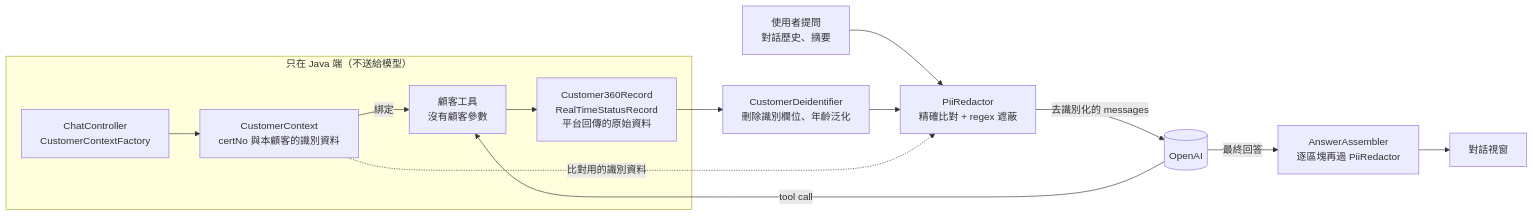
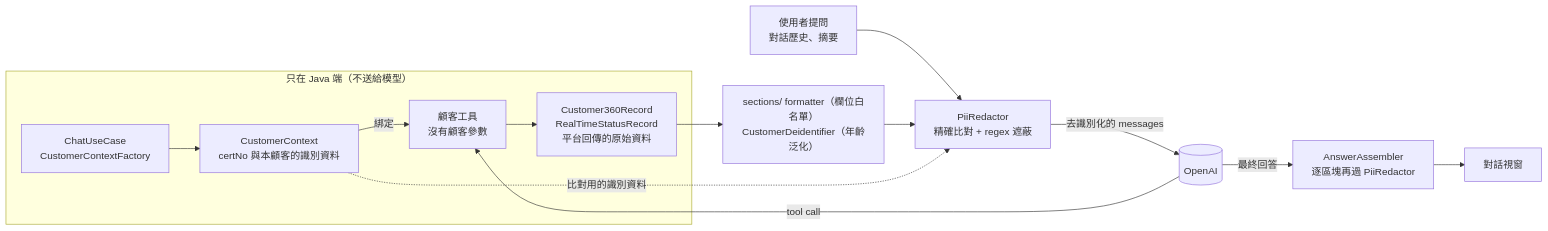
One commit to Rue1216/assistant-poc changed the fourth of 11 diagrams in docs/spec/01-architecture.md. Above: the diagram before and after it, drawn with Mermaid. The commit also changed other lines of this file and 6 other files, not shown here.

````diff
--- a/docs/spec/01-architecture.md
+++ b/docs/spec/01-architecture.md
@@ -172,15 +172,15 @@
 ```mermaid
 flowchart LR
   subgraph JAVA["只在 Java 端（不送給模型）"]
-    CF["ChatController<br/>CustomerContextFactory"] --> CTX["CustomerContext<br/>certNo 與本顧客的識別資料"]
+    CF["ChatUseCase<br/>CustomerContextFactory"] --> CTX["CustomerContext<br/>certNo 與本顧客的識別資料"]
     CTX -->|綁定| T["顧客工具<br/>沒有顧客參數"]
     T --> REC["Customer360Record<br/>RealTimeStatusRecord<br/>平台回傳的原始資料"]
   end
-  REC --> CD["CustomerDeidentifier<br/>刪除識別欄位、年齡泛化"]
+  REC --> CD["sections/ formatter（欄位白名單）<br/>CustomerDeidentifier（年齡泛化）"]
   Q["使用者提問<br/>對話歷史、摘要"] --> PR
   CD --> PR["PiiRedactor<br/>精確比對 + regex 遮蔽"]
   CTX -.->|比對用的識別資料| PR
   PR -->|去識別化的 messages| GPT[(OpenAI)]
   GPT -->|tool call| T
   GPT -->|最終回答| AA["AnswerAssembler<br/>逐區塊再過 PiiRedactor"] --> UI[對話視窗]
 ```
````
